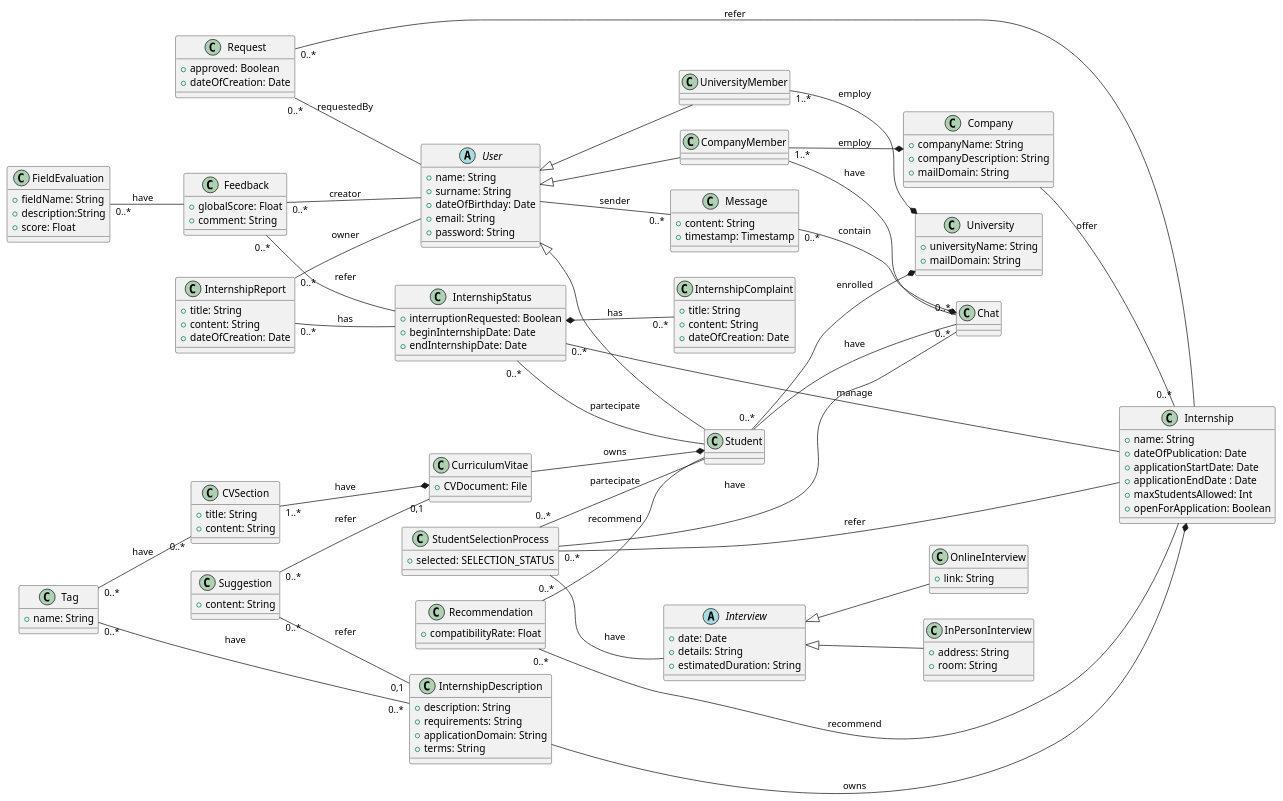
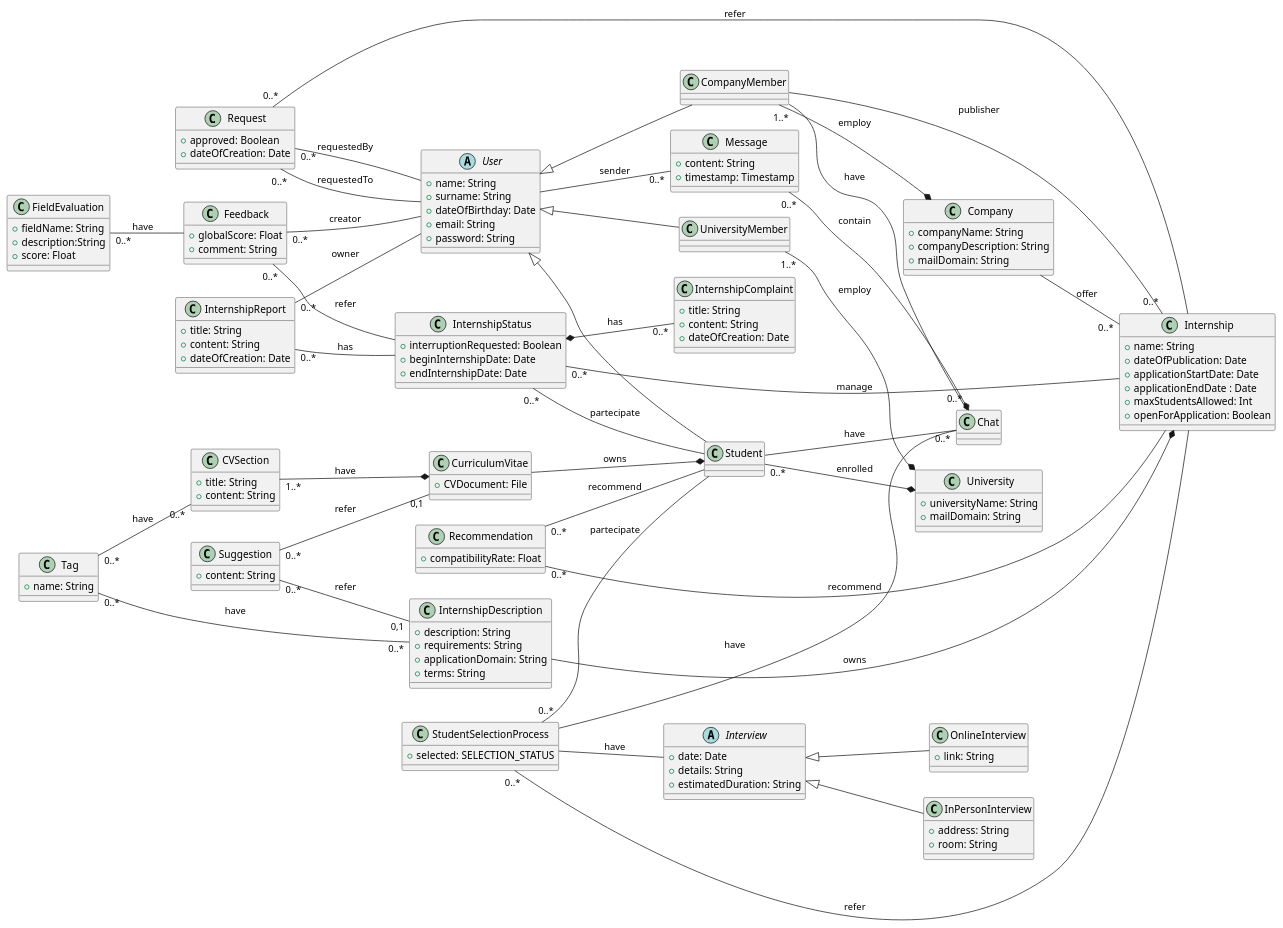
Before and after one commit to matti8702/R_and_DD_project_SE2: the diagram in RASD/Overall_description/uml_diagrams/class_diagram.puml, drawn with PlantUML.

Commit message:
fix: refine Request and Internship classes

```diff
--- a/RASD/Overall_description/uml_diagrams/class_diagram.puml
+++ b/RASD/Overall_description/uml_diagrams/class_diagram.puml
@@ -1,167 +1,169 @@
 @startuml class_diagram
 left to right direction
 
 abstract class User{
     + name: String
     + surname: String
     + dateOfBirthday: Date
     + email: String
     + password: String
 }
 
 class Student extends User{
 }
 Student "0..*" --* University : enrolled
 
 class CompanyMember extends User{
 
 }
 CompanyMember "1..*" --* Company : employ
 
 class UniversityMember extends User{
 
 }
 UniversityMember "1..*" --* University : employ
 
 class University{
     + universityName: String 
     + mailDomain: String
 }
 
 class Company{
     + companyName: String
     + companyDescription: String
     + mailDomain: String
 }
 
 class Internship{
     + name: String
     + dateOfPublication: Date
     + applicationStartDate: Date
     + applicationEndDate : Date
     + maxStudentsAllowed: Int
     + openForApplication: Boolean
 }
 Company -- "0..*" Internship : offer
+Internship "0..*" -- CompanyMember : publisher
 
 class InternshipDescription{
     + description: String
     + requirements: String
     + applicationDomain: String
     + terms: String
 }
 InternshipDescription --* Internship : owns
 
 class InternshipStatus{
     + interruptionRequested: Boolean
     + beginInternshipDate: Date
     + endInternshipDate: Date
 }
 InternshipStatus "0..*" -- Student : partecipate
 InternshipStatus "0..*" -- Internship : manage
 InternshipStatus *-- "0..*" InternshipComplaint : has
 
 class InternshipComplaint{
     + title: String
     + content: String
     + dateOfCreation: Date
 }
 
 class InternshipReport{
     + title: String
     + content: String
     + dateOfCreation: Date
 }
 InternshipReport "0..*" -- InternshipStatus : has
 InternshipReport "0..*" -- User : owner
 
 class Request{
     + approved: Boolean 
     + dateOfCreation: Date
 }
 Request "0..*" -- Internship : refer
 Request "0..*" -- User : requestedBy
+Request "0..*" -- User : requestedTo
 
 class StudentSelectionProcess{
     + selected: SELECTION_STATUS
 }
 
 StudentSelectionProcess "0..*" -- Student : partecipate
 StudentSelectionProcess "0..*" -- Internship : refer
 StudentSelectionProcess -- Chat : have
 StudentSelectionProcess -- Interview : have
 
 abstract class Interview{
     + date: Date
     + details: String
     + estimatedDuration: String
 }
 
 class OnlineInterview extends Interview{
     + link: String
 }
 
 class InPersonInterview extends Interview{
     + address: String
     + room: String
 }
 
 class Feedback {
     + globalScore: Float
     + comment: String
 }
 
 Feedback "0..*" -- InternshipStatus : refer
 Feedback "0..*" -- User : creator
 
 class FieldEvaluation{
     + fieldName: String
     + description:String
     + score: Float
 }
 FieldEvaluation "0..*" -- Feedback : have
 
 class Suggestion{
     + content: String
 }
 Suggestion "0..*" -- "0,1" CurriculumVitae : refer
 Suggestion "0..*" -- "0,1" InternshipDescription : refer
 
 class Recommendation{
     + compatibilityRate: Float
 }
 Recommendation "0..*" -- Internship : recommend
 Recommendation "0..*" -- Student : recommend
 
 class Chat{
 }
 
 class Message{
     + content: String
     + timestamp: Timestamp
 }
 
 User -- "0..*"  Message : sender
 
 Message "0..*" --* Chat : contain
 Student -- "0..*"  Chat : have
 CompanyMember -- "0..*"  Chat : have
 
 class CurriculumVitae{
     + CVDocument: File
 }
 CurriculumVitae --* Student : owns
 
 class CVSection{
     + title: String
     + content: String
 }
 CVSection "1..*" --* CurriculumVitae : have
 
 class Tag{
     + name: String
 }
 Tag "0..*" -- "0..*" CVSection : have
 Tag "0..*" -- "0..*" InternshipDescription : have
 
 @enduml
```
